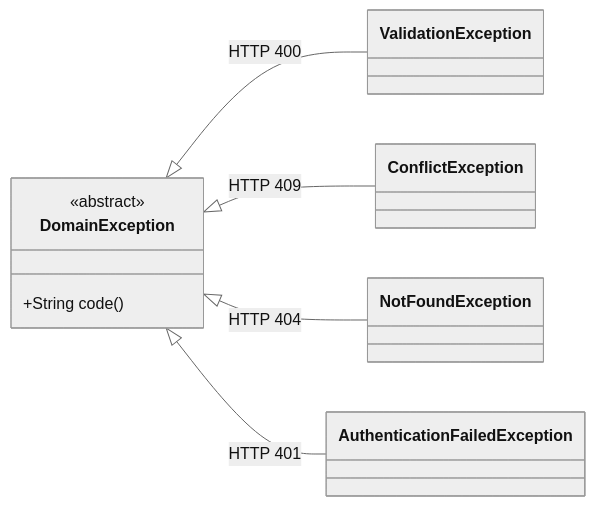
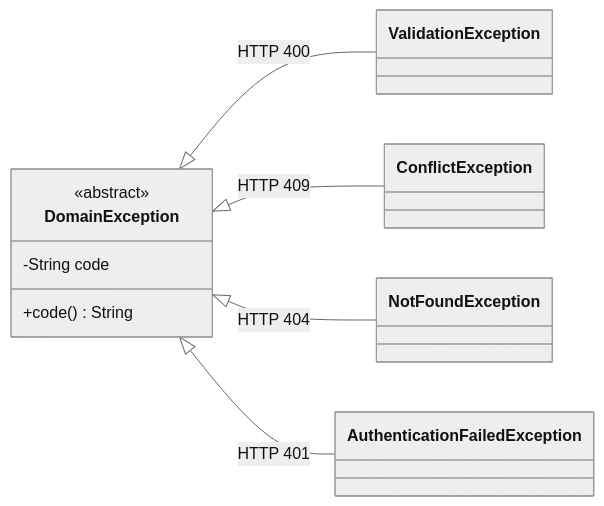
The eighth of 8 diagrams in docs/06-arquitetura-e-classes.md (MarcioFerreiraL/clinics-backend), drawn with Mermaid (neutral theme) before and after one commit. The commit also changed other lines of this file and 1 other file, not shown here.

First line of the commit message:
docs: arquitetura em camadas e diagramas atualizados

````diff
--- a/docs/06-arquitetura-e-classes.md
+++ b/docs/06-arquitetura-e-classes.md
@@ -280,16 +639,17 @@
 ```mermaid
 classDiagram
     direction LR
     class DomainException {
         <<abstract>>
-        +String code()
+        -String code
+        +code() String
     }
     class ValidationException
     class ConflictException
     class NotFoundException
     class AuthenticationFailedException
     DomainException <|-- ValidationException : HTTP 400
     DomainException <|-- ConflictException : HTTP 409
     DomainException <|-- NotFoundException : HTTP 404
     DomainException <|-- AuthenticationFailedException : HTTP 401
 ```
````
